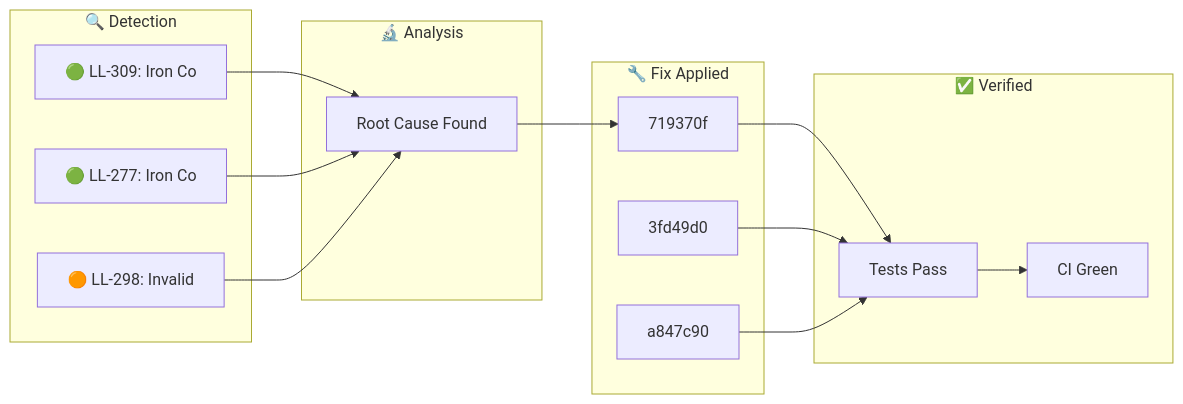
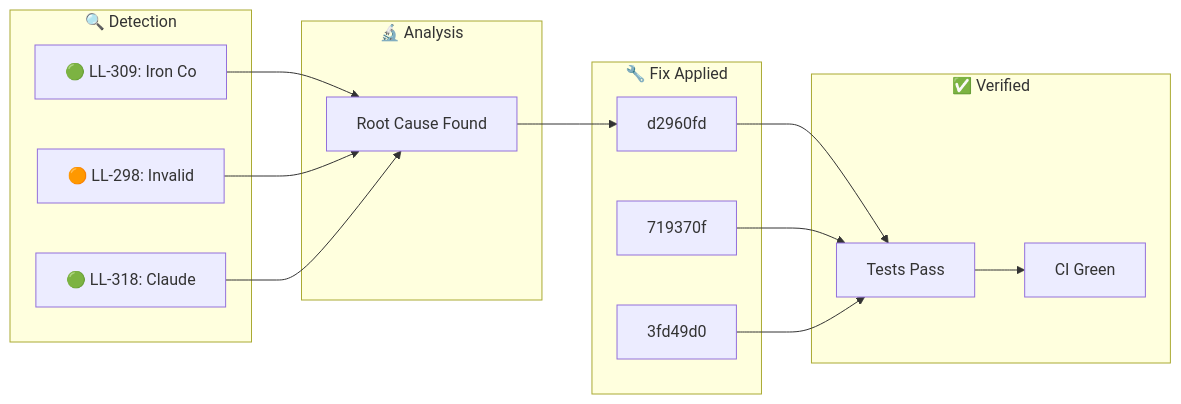
Before and after one commit to YoByron/trading: the diagram in docs/_posts/2026-01-28-ralph-discovery.md, drawn with Mermaid. The commit also changed other lines of this file, not shown here.

````diff
--- a/docs/_posts/2026-01-28-ralph-discovery.md
+++ b/docs/_posts/2026-01-28-ralph-discovery.md
@@ -17,28 +17,28 @@
 ```mermaid
 flowchart LR
     subgraph Detection["🔍 Detection"]
         D1["🟢 LL-309: Iron Co"]
-        D2["🟢 LL-277: Iron Co"]
-        D3["🟠 LL-298: Invalid"]
+        D2["🟠 LL-298: Invalid"]
+        D3["🟢 LL-318: Claude "]
     end
     subgraph Analysis["🔬 Analysis"]
         A1["Root Cause Found"]
     end
     subgraph Fix["🔧 Fix Applied"]
-        F1["719370f"]
-        F2["3fd49d0"]
-        F3["a847c90"]
+        F1["d2960fd"]
+        F2["719370f"]
+        F3["3fd49d0"]
     end
     subgraph Verify["✅ Verified"]
         V1["Tests Pass"]
         V2["CI Green"]
     end
     D1 --> A1
     D2 --> A1
     D3 --> A1
     A1 --> F1
     F1 --> V1
     F2 --> V1
     F3 --> V1
     V1 --> V2
 ```
````
